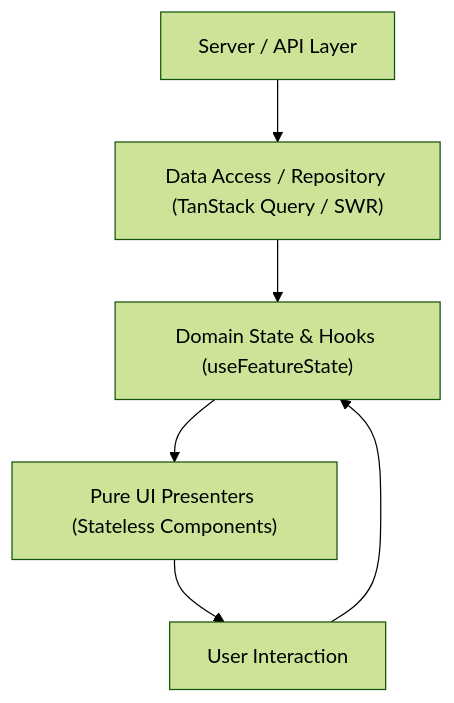
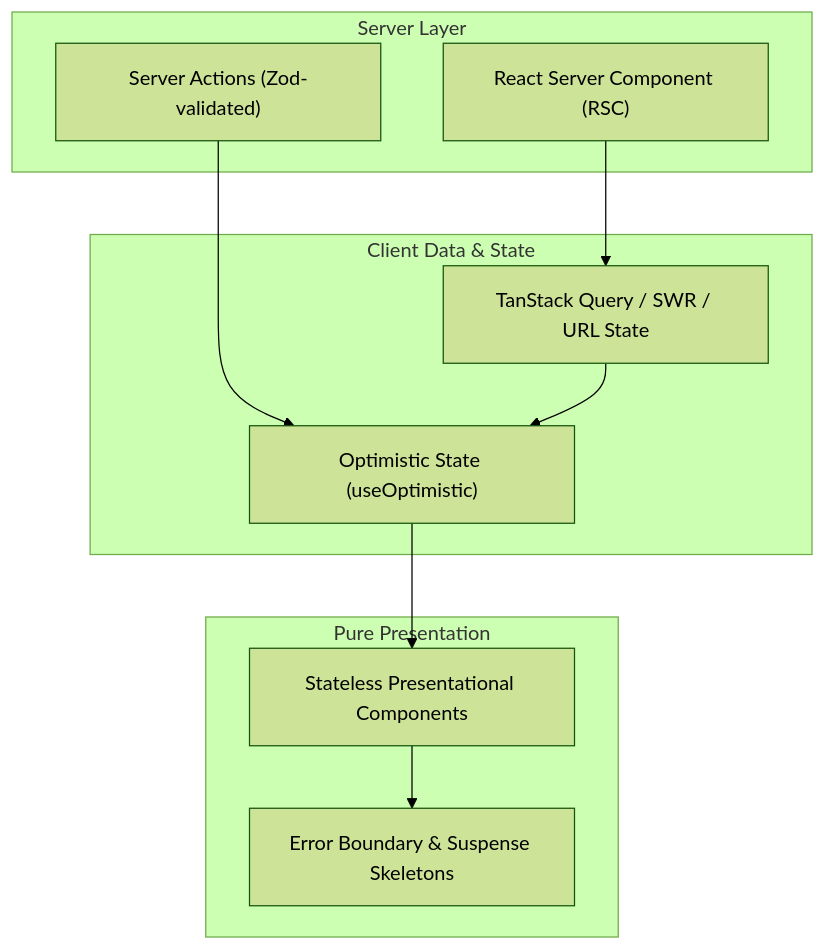
Before and after one commit to darknecrocities/SkillBuilder: the diagram in skills/frontend/SKILL.md, drawn with Mermaid (forest theme). The commit also changed other lines of this file and 3 other files, not shown here.

````diff
--- a/skills/frontend/SKILL.md
+++ b/skills/frontend/SKILL.md
@@ -16,8 +16,20 @@
 ```mermaid
 flowchart TD
-    A["Server / API Layer"] --> B["Data Access / Repository (TanStack Query / SWR)"]
-    B --> C["Domain State & Hooks (useFeatureState)"]
-    C --> D["Pure UI Presenters (Stateless Components)"]
-    D --> E["User Interaction"]
-    E --> C
+    subgraph Server["Server Layer"]
+        A["React Server Component (RSC)"]
+        B["Server Actions (Zod-validated)"]
+    end
+    subgraph ClientData["Client Data & State"]
+        C["TanStack Query / SWR / URL State"]
+        D["Optimistic State (useOptimistic)"]
+    end
+    subgraph UI["Pure Presentation"]
+        E["Stateless Presentational Components"]
+        F["Error Boundary & Suspense Skeletons"]
+    end
+    A --> C
+    B --> D
+    C --> D
+    D --> E
+    E --> F
 ```
````
